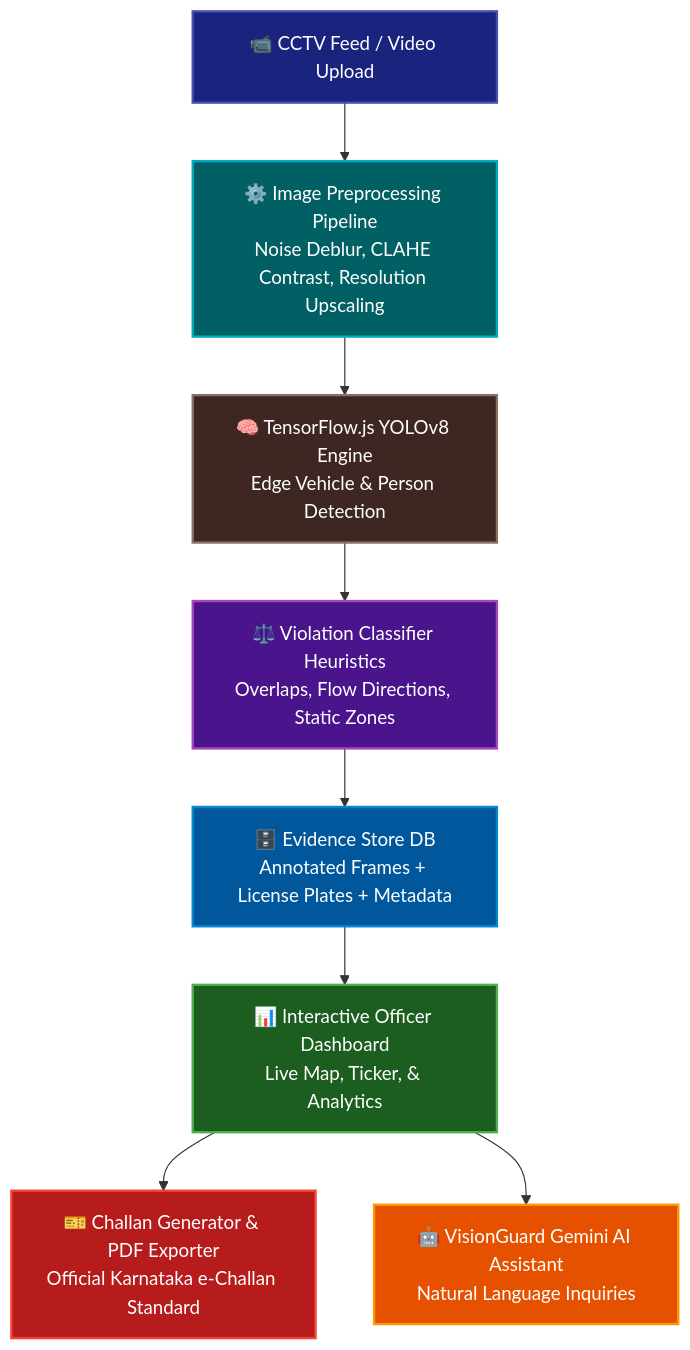
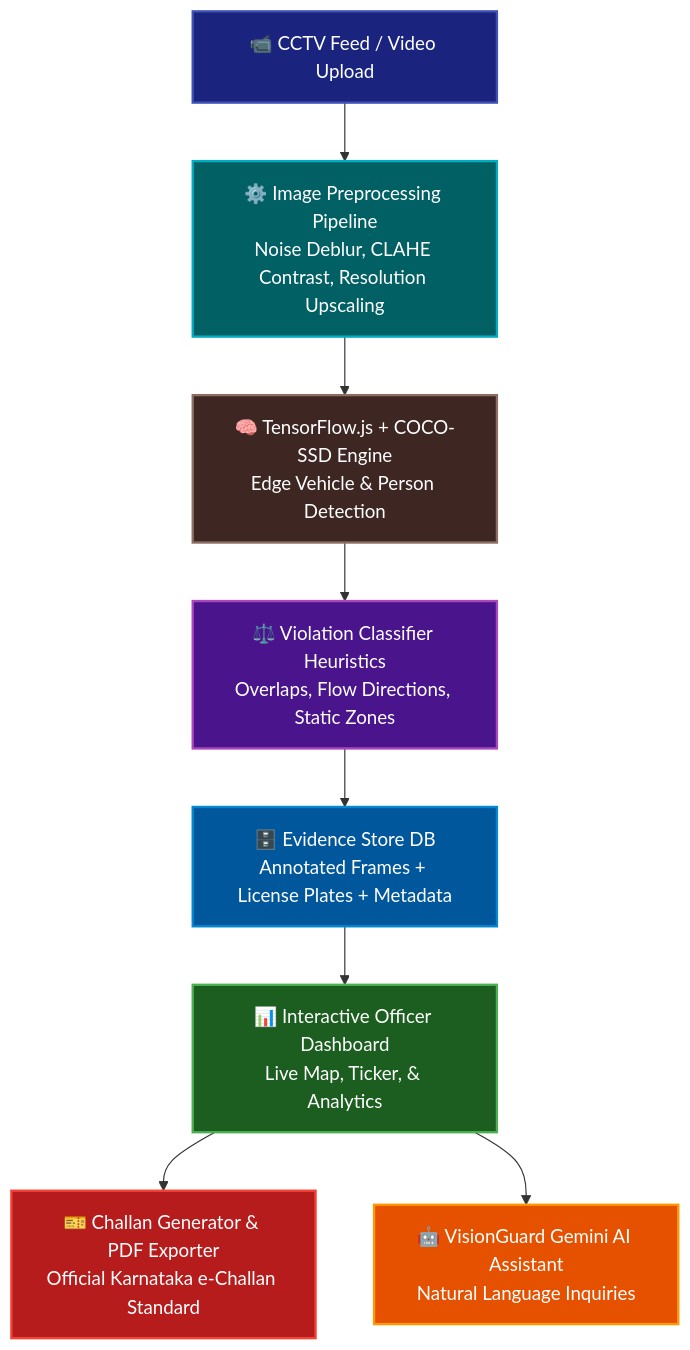
The diagram in README.md (utkarsh2338/Flipkart_gridlock_round2), drawn with Mermaid before and after one commit. The commit also changed other lines of this file, not shown here.

````diff
--- a/README.md
+++ b/README.md
@@ -63,19 +63,19 @@
 ```mermaid
 graph TD
     A[📹 CCTV Feed / Video Upload] --> B[⚙️ Image Preprocessing Pipeline<br/>Noise Deblur, CLAHE Contrast, Resolution Upscaling]
-    B --> C[🧠 TensorFlow.js YOLOv8 Engine<br/>Edge Vehicle & Person Detection]
+    B --> C[🧠 TensorFlow.js + COCO-SSD Engine<br/>Edge Vehicle & Person Detection]
     C --> D[⚖️ Violation Classifier Heuristics<br/>Overlaps, Flow Directions, Static Zones]
     D --> E[🗄️ Evidence Store DB<br/>Annotated Frames + License Plates + Metadata]
     E --> F[📊 Interactive Officer Dashboard<br/>Live Map, Ticker, & Analytics]
     F --> G[🎫 Challan Generator & PDF Exporter<br/>Official Karnataka e-Challan Standard]
     F --> H[🤖 VisionGuard Gemini AI Assistant<br/>Natural Language Inquiries]
     
     style A fill:#1a237e,stroke:#3f51b5,stroke-width:2px,color:#fff
     style B fill:#006064,stroke:#00acc1,stroke-width:2px,color:#fff
     style C fill:#3e2723,stroke:#8d6e63,stroke-width:2px,color:#fff
     style D fill:#4a148c,stroke:#ab47bc,stroke-width:2px,color:#fff
     style E fill:#01579b,stroke:#0288d1,stroke-width:2px,color:#fff
     style F fill:#1b5e20,stroke:#4caf50,stroke-width:2px,color:#fff
     style G fill:#b71c1c,stroke:#f44336,stroke-width:2px,color:#fff
     style H fill:#e65100,stroke:#ff9800,stroke-width:2px,color:#fff
 ```
````
